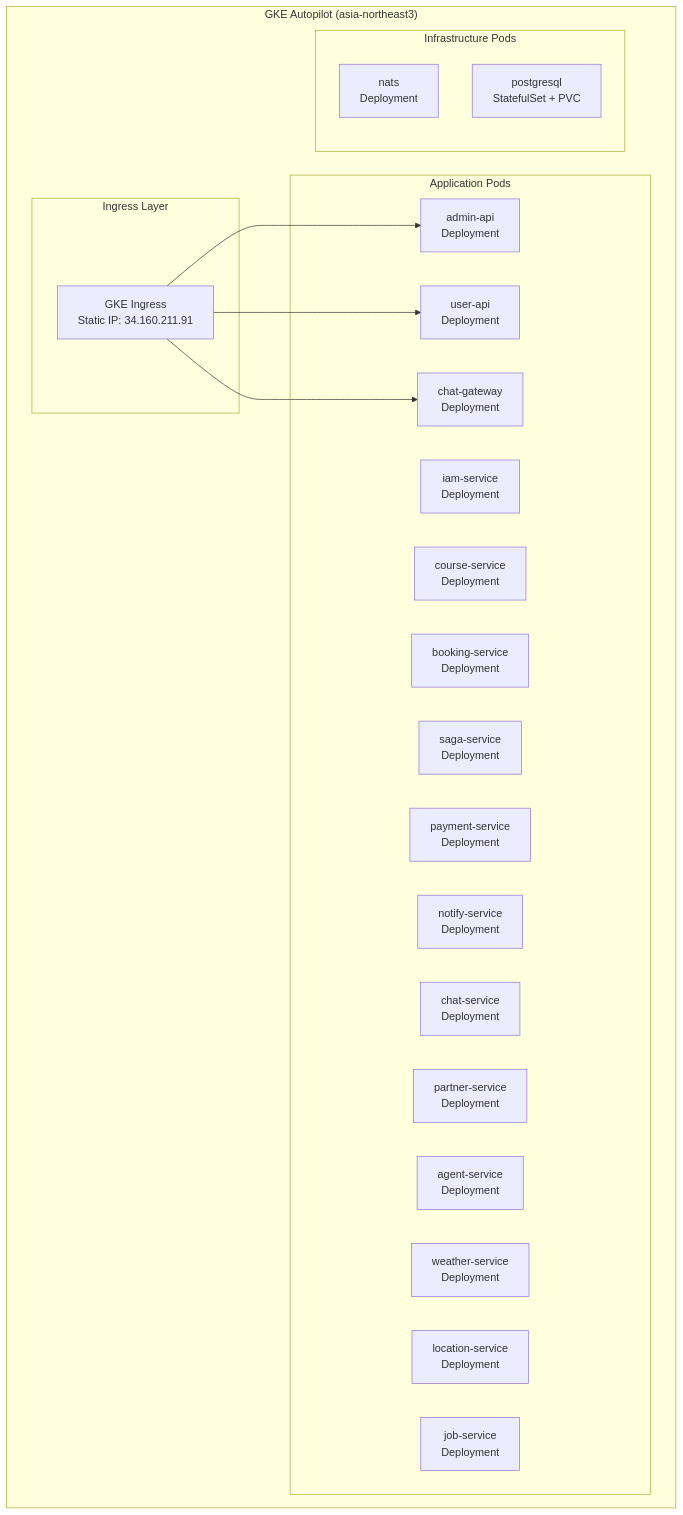
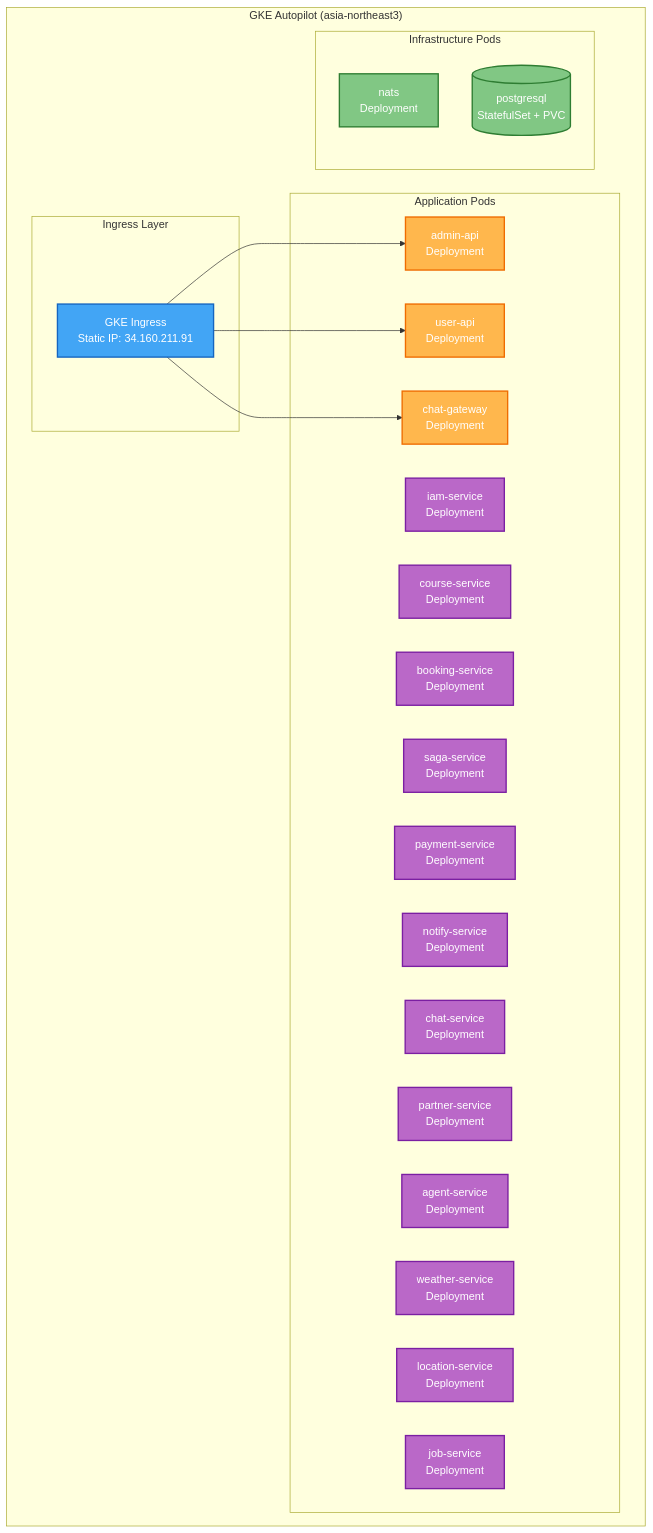
Before and after one commit to uniyous/parkgolf-platform: the sixth of 7 diagrams in docs/architecture/SYSTEM.md, drawn with Mermaid. The commit also changed other lines of this file and 5 other files, not shown here.

First line of the commit message:
docs: 다이어그램 체계 정비 및 문서 개선

````diff
--- a/docs/architecture/SYSTEM.md
+++ b/docs/architecture/SYSTEM.md
@@ -787,35 +531,40 @@
 ```mermaid
-graph TD
-    subgraph "GKE Autopilot (asia-northeast3)"
-        subgraph "Ingress Layer"
-            ING[GKE Ingress<br/>Static IP: 34.160.211.91]
-        end
+graph TB
+  classDef ingress fill:#42a5f5,stroke:#1565c0,stroke-width:2px,color:#fff
+  classDef bff fill:#ffb74d,stroke:#ef6c00,stroke-width:2px,color:#fff
+  classDef service fill:#ba68c8,stroke:#7b1fa2,stroke-width:2px,color:#fff
+  classDef infra fill:#81c784,stroke:#2e7d32,stroke-width:2px,color:#fff
 
-        subgraph "Application Pods"
-            AAPI[admin-api<br/>Deployment]
-            UAPI[user-api<br/>Deployment]
-            CHATGW[chat-gateway<br/>Deployment]
-            IAM[iam-service<br/>Deployment]
-            COURSE[course-service<br/>Deployment]
-            BOOK[booking-service<br/>Deployment]
-            SAGA[saga-service<br/>Deployment]
-            PAY[payment-service<br/>Deployment]
-            NOTIFY[notify-service<br/>Deployment]
-            CHAT[chat-service<br/>Deployment]
-            PARTNER[partner-service<br/>Deployment]
-            AGENT[agent-service<br/>Deployment]
-            WEATHER[weather-service<br/>Deployment]
-            LOCATION[location-service<br/>Deployment]
-            JOB[job-service<br/>Deployment]
-        end
-
-        subgraph "Infrastructure Pods"
-            NATS[nats<br/>Deployment]
-            PG[postgresql<br/>StatefulSet + PVC]
-        end
+  subgraph GKE["GKE Autopilot (asia-northeast3)"]
+    subgraph IngressLayer["Ingress Layer"]
+      ING["GKE Ingress<br/>Static IP: 34.160.211.91"]:::ingress
     end
 
-    ING --> AAPI
-    ING --> UAPI
-    ING --> CHATGW
+    subgraph AppPods["Application Pods"]
+      AAPI["admin-api<br/>Deployment"]:::bff
+      UAPI["user-api<br/>Deployment"]:::bff
+      CHATGW["chat-gateway<br/>Deployment"]:::bff
+      IAM["iam-service<br/>Deployment"]:::service
+      COURSE["course-service<br/>Deployment"]:::service
+      BOOK["booking-service<br/>Deployment"]:::service
+      SAGA["saga-service<br/>Deployment"]:::service
+      PAY["payment-service<br/>Deployment"]:::service
+      NOTIFY["notify-service<br/>Deployment"]:::service
+      CHAT["chat-service<br/>Deployment"]:::service
+      PARTNER["partner-service<br/>Deployment"]:::service
+      AGENT["agent-service<br/>Deployment"]:::service
+      WEATHER["weather-service<br/>Deployment"]:::service
+      LOCATION["location-service<br/>Deployment"]:::service
+      JOB["job-service<br/>Deployment"]:::service
+    end
+
+    subgraph InfraPods["Infrastructure Pods"]
+      NATS["nats<br/>Deployment"]:::infra
+      PG[("postgresql<br/>StatefulSet + PVC")]:::infra
+    end
+  end
+
+  ING --> AAPI
+  ING --> UAPI
+  ING --> CHATGW
 ```
````
